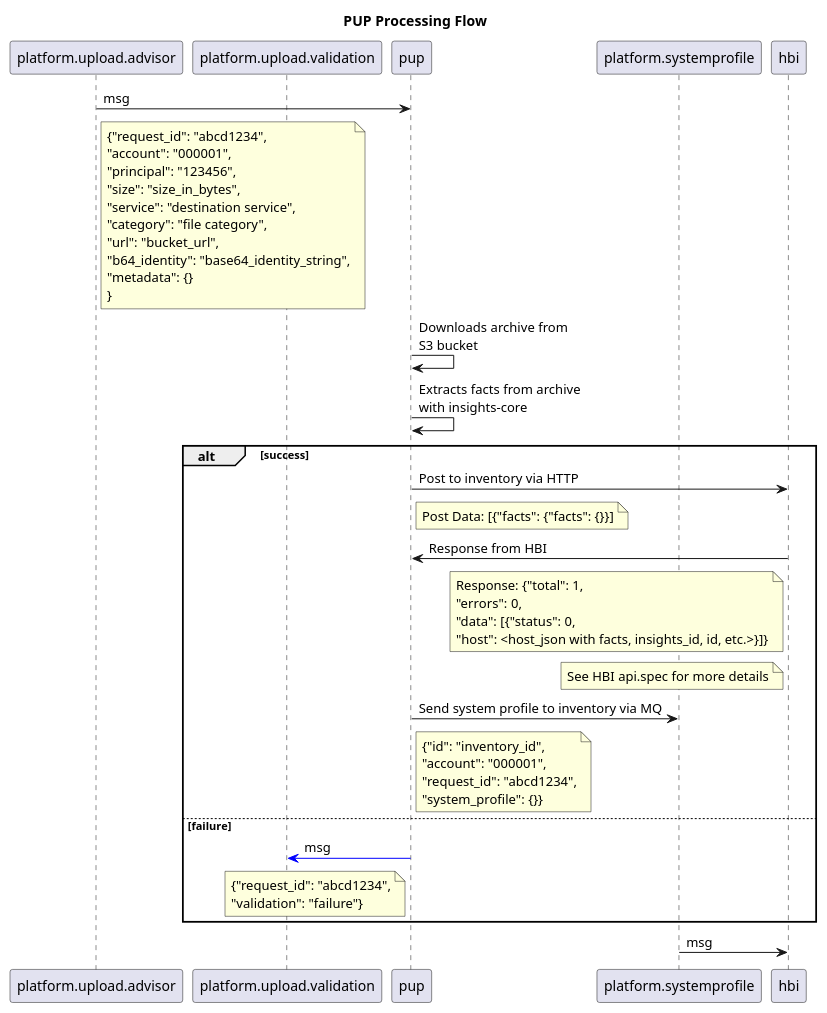
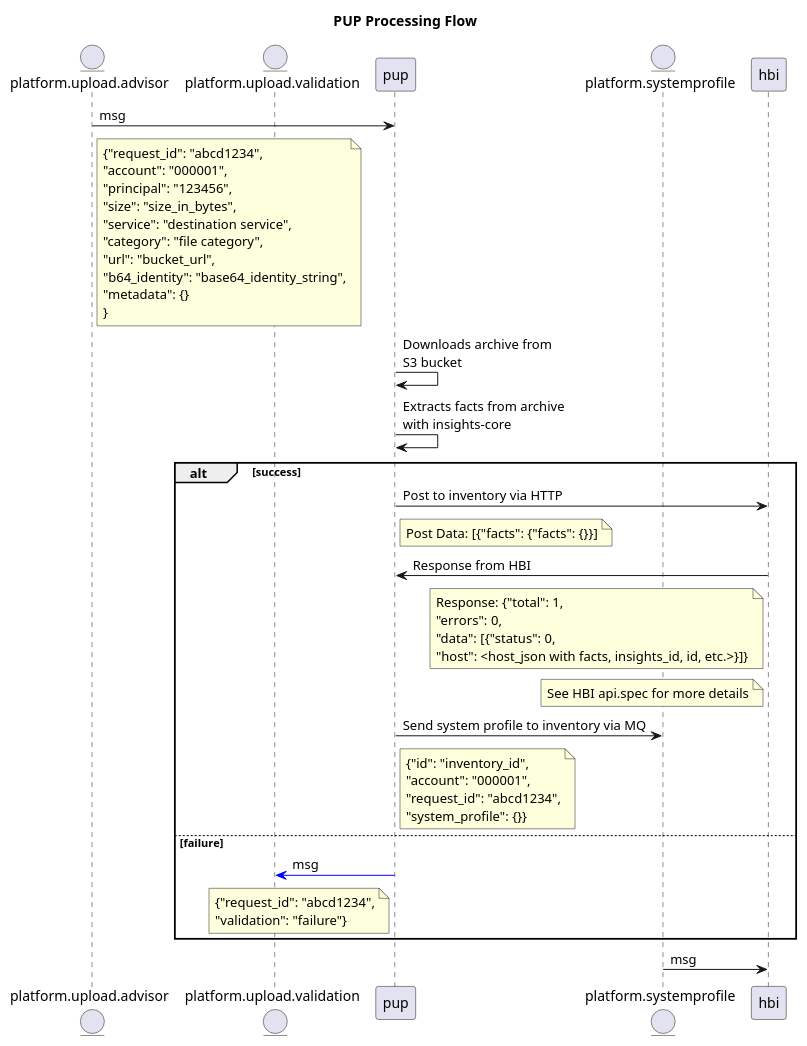
One commit to RedHatInsights/insights-pup changed the diagram in sequence.puml. Above: the diagram before and after it, drawn with PlantUML. The commit also changed 1 other file, not shown here.

Commit message:
Update topics to look like circle in diagram
We just need to better differentiate a pod from a topic. This turns them
into circles

```diff
--- a/sequence.puml
+++ b/sequence.puml
@@ -1,25 +1,25 @@
 @startuml
 title PUP Processing Flow
-participant platform.upload.advisor
-participant platform.upload.validation
+entity platform.upload.advisor
+entity platform.upload.validation
 participant pup
-participant platform.systemprofile
+entity platform.systemprofile
 participant hbi
 platform.upload.advisor->pup: msg
 Note right of platform.upload.advisor: {"request_id": "abcd1234",\n"account": "000001",\n"principal": "123456",\n"size": "size_in_bytes",\n"service": "destination service",\n"category": "file category",\n"url": "bucket_url",\n"b64_identity": "base64_identity_string",\n"metadata": {}\n}
 pup->pup: Downloads archive from\nS3 bucket
 pup->pup: Extracts facts from archive\nwith insights-core
 alt success
     pup->hbi: Post to inventory via HTTP
     Note right of pup: Post Data: [{"facts": {"facts": {}}]
     hbi->pup: Response from HBI
     Note left of hbi: Response: {"total": 1,\n"errors": 0,\n"data": [{"status": 0,\n"host": <host_json with facts, insights_id, id, etc.>}]}
     Note left of hbi: See HBI api.spec for more details
     pup->platform.systemprofile: Send system profile to inventory via MQ
     Note right of pup: {"id": "inventory_id",\n"account": "000001",\n"request_id": "abcd1234",\n"system_profile": {}}
 else failure
     pup[#0000FF]->platform.upload.validation: msg
     Note left of pup: {"request_id": "abcd1234",\n"validation": "failure"}
 end
 platform.systemprofile->hbi: msg
 @enduml
```
